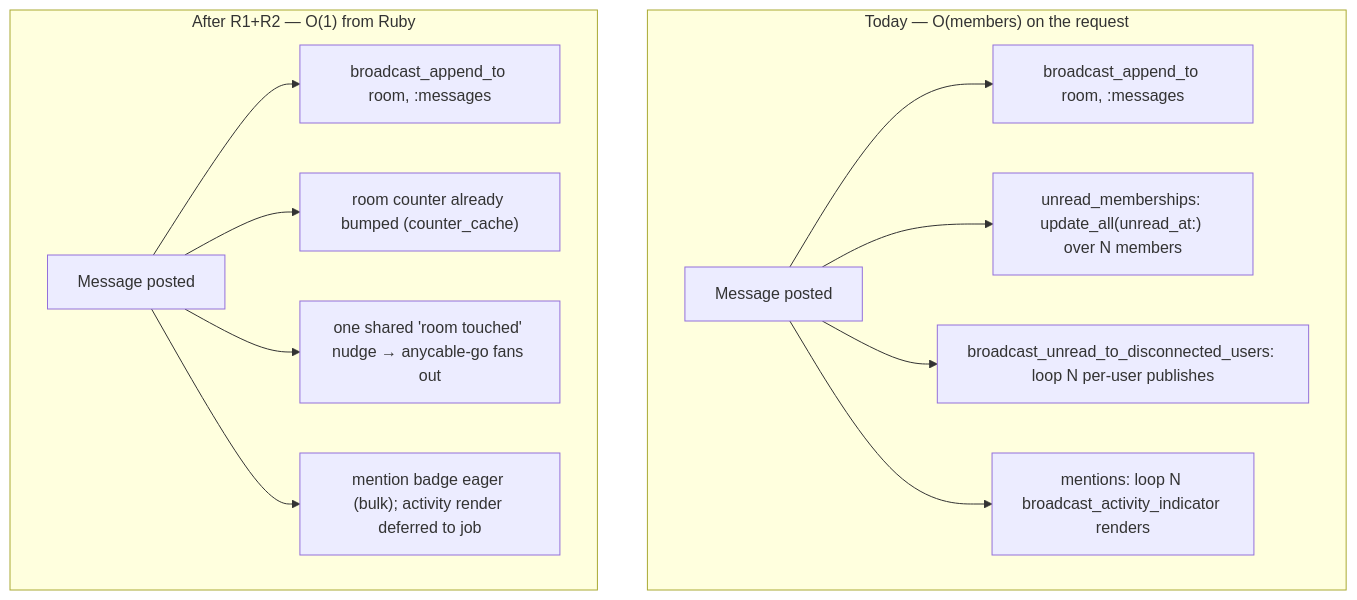
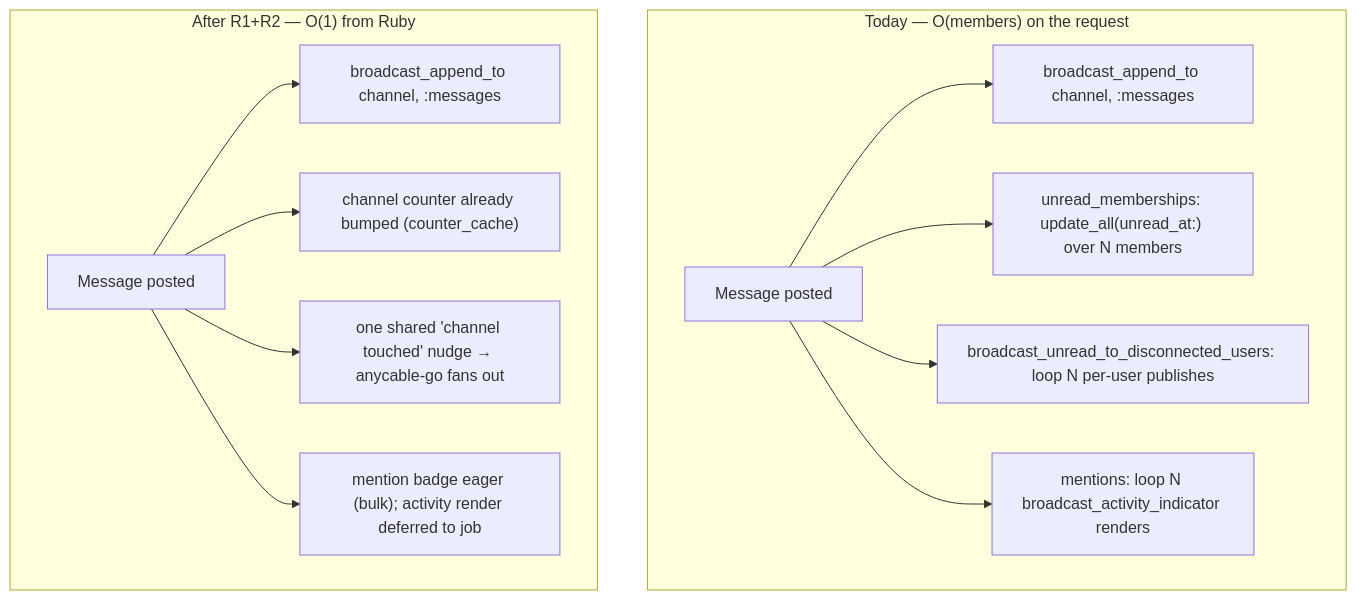
One commit to sabha-co/sabha changed the first of 3 diagrams in docs/plans/2026-07-08-001-perf-realtime-delivery-at-scale-plan.md. Above: the diagram before and after it, drawn with Mermaid. The commit also changed other lines of this file and 689 other files, not shown here.

Commit message:
Rename room to channel (#219)

````diff
--- a/docs/plans/2026-07-08-001-perf-realtime-delivery-at-scale-plan.md
+++ b/docs/plans/2026-07-08-001-perf-realtime-delivery-at-scale-plan.md
@@ -51,15 +51,15 @@
 ```mermaid
 flowchart TB
   subgraph Before["Today — O(members) on the request"]
-    P1[Message posted] --> A1[broadcast_append_to room, :messages]
+    P1[Message posted] --> A1[broadcast_append_to channel, :messages]
     P1 --> B1["unread_memberships: update_all(unread_at:) over N members"]
     P1 --> C1["broadcast_unread_to_disconnected_users: loop N per-user publishes"]
     P1 --> D1["mentions: loop N broadcast_activity_indicator renders"]
   end
   subgraph After["After R1+R2 — O(1) from Ruby"]
-    P2[Message posted] --> A2[broadcast_append_to room, :messages]
-    P2 --> B2["room counter already bumped (counter_cache)"]
-    P2 --> C2["one shared 'room touched' nudge → anycable-go fans out"]
+    P2[Message posted] --> A2[broadcast_append_to channel, :messages]
+    P2 --> B2["channel counter already bumped (counter_cache)"]
+    P2 --> C2["one shared 'channel touched' nudge → anycable-go fans out"]
     P2 --> D2["mention badge eager (bulk); activity render deferred to job"]
   end
 ```
````
